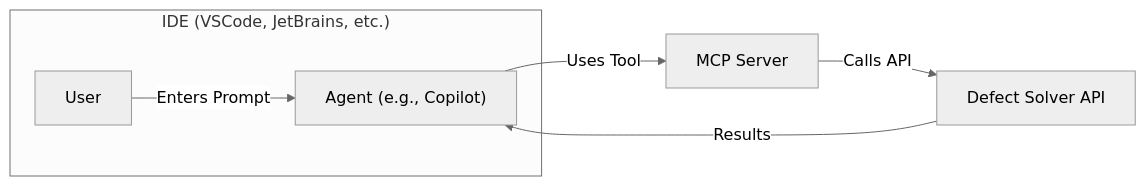
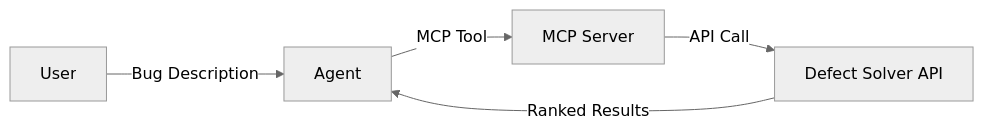
The diagram in README.md (lokumai/defect-solver-guide), drawn with Mermaid (neutral theme) before and after one commit. The commit also changed other lines of this file, not shown here.

````diff
--- a/README.md
+++ b/README.md
@@ -34,14 +19,7 @@
 ```mermaid
 flowchart LR
-    subgraph IDE["IDE (VSCode, JetBrains, etc.)"]
-        User["User"]
-        Agent["Agent (e.g., Copilot)"]
-    end
-    MCPServer["MCP Server"]
-    API["Defect Solver API"]
-
-    User -->|Enters Prompt| Agent
-    Agent -->|Uses Tool| MCPServer
-    MCPServer -->|Calls API| API
-    API -->|Results| Agent
+    User -->|Bug Description| Agent
+    Agent -->|MCP Tool| Server[MCP Server]
+    Server -->|API Call| DS[Defect Solver API]
+    DS -->|Ranked Results| Agent
 ```
````
